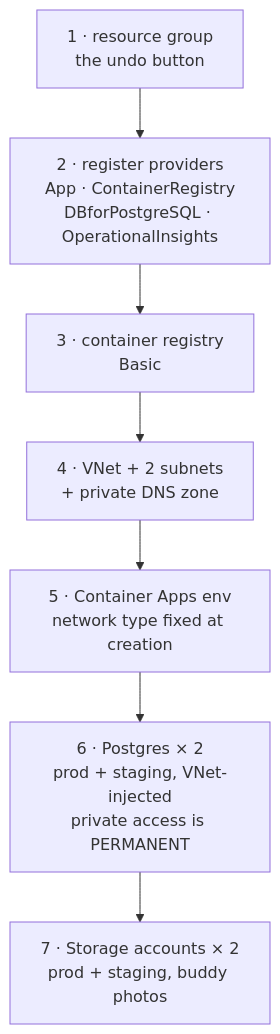
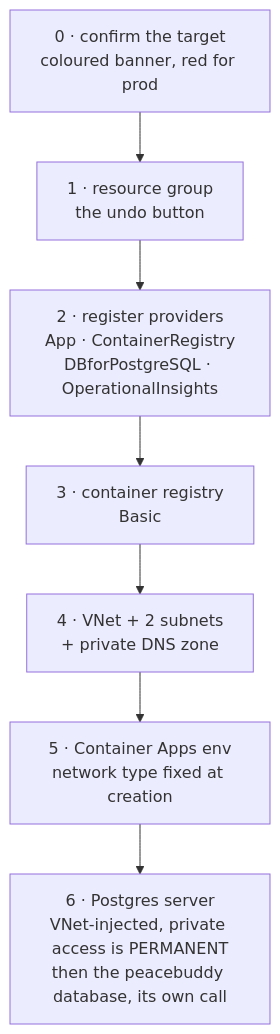
One commit to Lynns0416/buddy-app-copy changed the fourth of 6 diagrams in docs/deploy-plan.md. Above: the diagram before and after it, drawn with Mermaid. The commit also changed other lines of this file and 1 other file, not shown here.

First line of the commit message:
Fix/infra/166 correct azure plan after staging provisioning (#168)

````diff
--- a/docs/deploy-plan.md
+++ b/docs/deploy-plan.md
@@ -180,9 +183,9 @@
 ```mermaid
 flowchart TB
-    RG["1 · resource group<br/>the undo button"] --> PROV["2 · register providers<br/>App · ContainerRegistry<br/>DBforPostgreSQL · OperationalInsights"]
+    CONF["0 · confirm the target<br/>coloured banner, red for prod"] --> RG["1 · resource group<br/>the undo button"]
+    RG --> PROV["2 · register providers<br/>App · ContainerRegistry<br/>DBforPostgreSQL · OperationalInsights"]
     PROV --> ACR["3 · container registry<br/>Basic"]
     ACR --> VNET["4 · VNet + 2 subnets<br/>+ private DNS zone"]
     VNET --> ENV["5 · Container Apps env<br/>network type fixed at creation"]
-    ENV --> PG["6 · Postgres × 2<br/>prod + staging, VNet-injected<br/>private access is PERMANENT"]
-    PG --> ST["7 · Storage accounts × 2<br/>prod + staging, buddy photos"]
+    ENV --> PG["6 · Postgres server<br/>VNet-injected, private access is PERMANENT<br/>then the peacebuddy database, its own call"]
 ```
````
